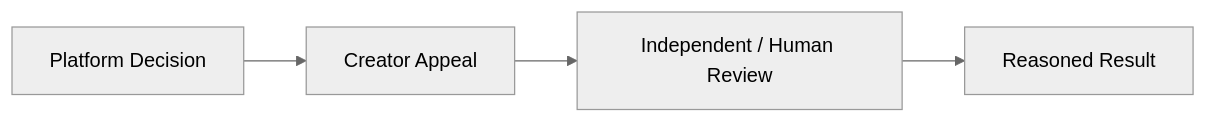
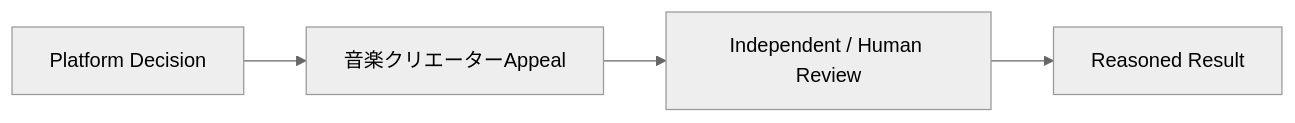
One commit to ShigeichiroYamasaki/creator-first-platform changed diagram 19 of 29 in docs/whitepaper/05-creator-onboarding.md. Above: the diagram before and after it, drawn with Mermaid (neutral theme). The commit also changed other lines of this file and 67 other files, not shown here.

````diff
--- a/docs/whitepaper/05-creator-onboarding.md
+++ b/docs/whitepaper/05-creator-onboarding.md
@@ -614,11 +614,11 @@
 ```mermaid
 flowchart LR
     DECISION[Platform Decision]
-    APPEAL[Creator Appeal]
+    APPEAL[音楽クリエーターAppeal]
     REVIEW[Independent / Human Review]
     RESULT[Reasoned Result]
 
     DECISION --> APPEAL
     APPEAL --> REVIEW
     REVIEW --> RESULT
 ```
````
